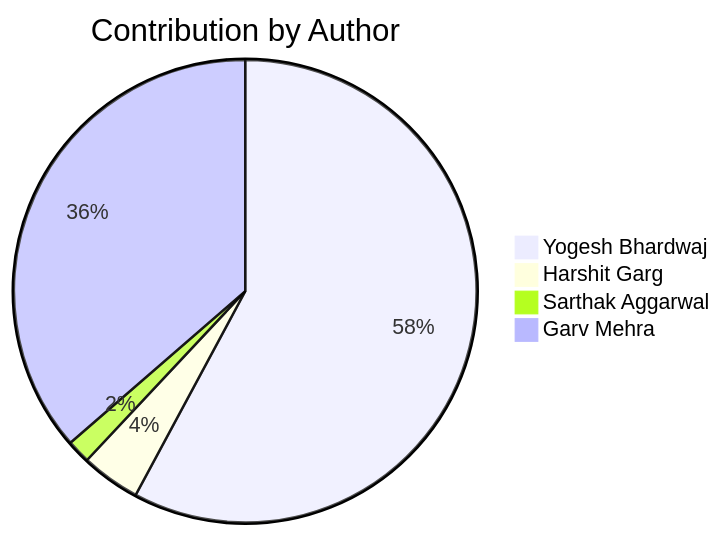
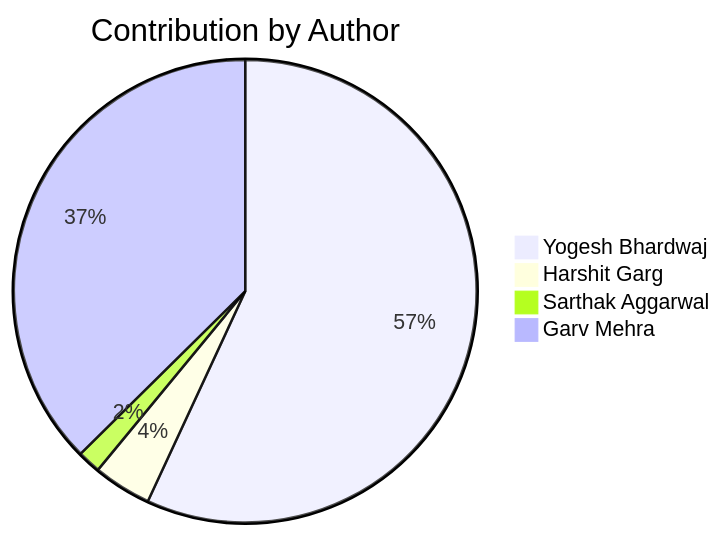
One commit to Yogesh-Bhardwaj-hue/Scm-Final_2.0 changed the second of 2 diagrams in README.md. Above: the diagram before and after it, drawn with Mermaid. The commit also changed other lines of this file, not shown here.

Commit message:
Update contribution charts

````diff
--- a/README.md
+++ b/README.md
@@ -183,7 +183,7 @@
 ```mermaid
 pie title Contribution by Author
     "Yogesh Bhardwaj": 70
     "Harshit Garg": 5
     "Sarthak Aggarwal": 2
-    "Garv Mehra": 44
+    "Garv Mehra": 46
 ```
````
